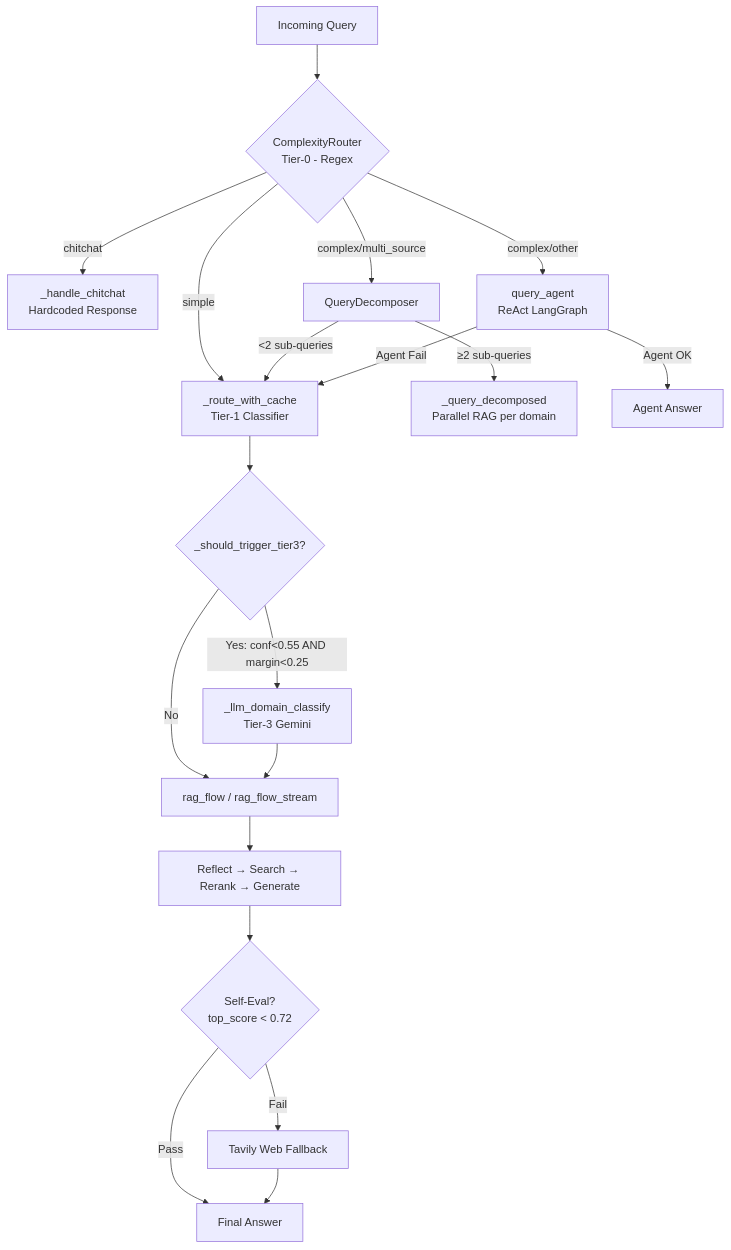
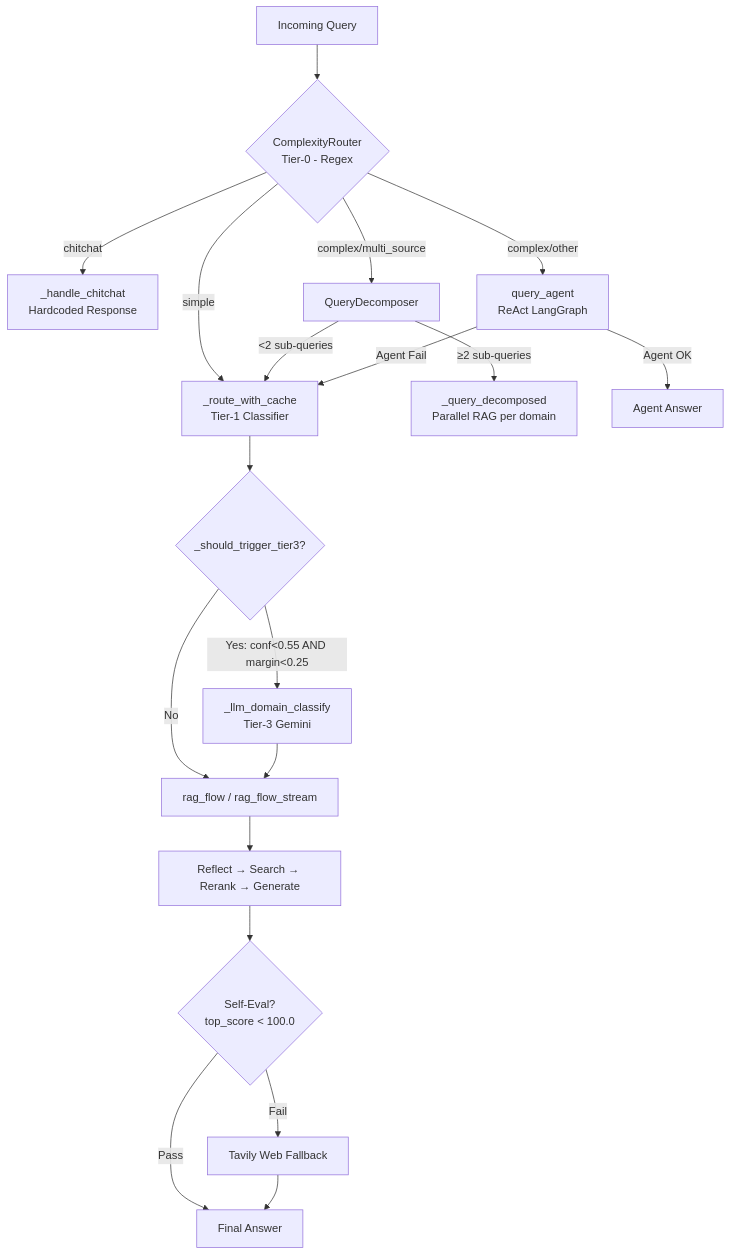
Before and after one commit to hoainam183/GR: the diagram in src/RAG_v2/pipeline/MODULE.md, drawn with Mermaid. The commit also changed other lines of this file and 13 other files, not shown here.

````diff
--- a/src/RAG_v2/pipeline/MODULE.md
+++ b/src/RAG_v2/pipeline/MODULE.md
@@ -340,26 +340,26 @@
 ```mermaid
 graph TD
     A[Incoming Query] --> B{ComplexityRouter<br/>Tier-0 - Regex}
     
     B -- chitchat --> C[_handle_chitchat<br/>Hardcoded Response]
     B -- simple --> D[_route_with_cache<br/>Tier-1 Classifier]
     B -- complex/multi_source --> E[QueryDecomposer]
     B -- complex/other --> F[query_agent<br/>ReAct LangGraph]
     
     E -- ≥2 sub-queries --> G[_query_decomposed<br/>Parallel RAG per domain]
     E -- <2 sub-queries --> D
     
     F -- Agent OK --> H[Agent Answer]
     F -- Agent Fail --> D
     
     D --> I{_should_trigger_tier3?}
     I -- Yes: conf<0.55 AND margin<0.25 --> J[_llm_domain_classify<br/>Tier-3 Gemini]
     I -- No --> K[rag_flow / rag_flow_stream]
     J --> K
     
     K --> L[Reflect → Search → Rerank → Generate]
-    L --> M{Self-Eval?<br/>top_score < 0.72}
+    L --> M{Self-Eval?<br/>top_score < 100.0}
     M -- Fail --> N[Tavily Web Fallback]
     M -- Pass --> O[Final Answer]
     N --> O
 ```
````
